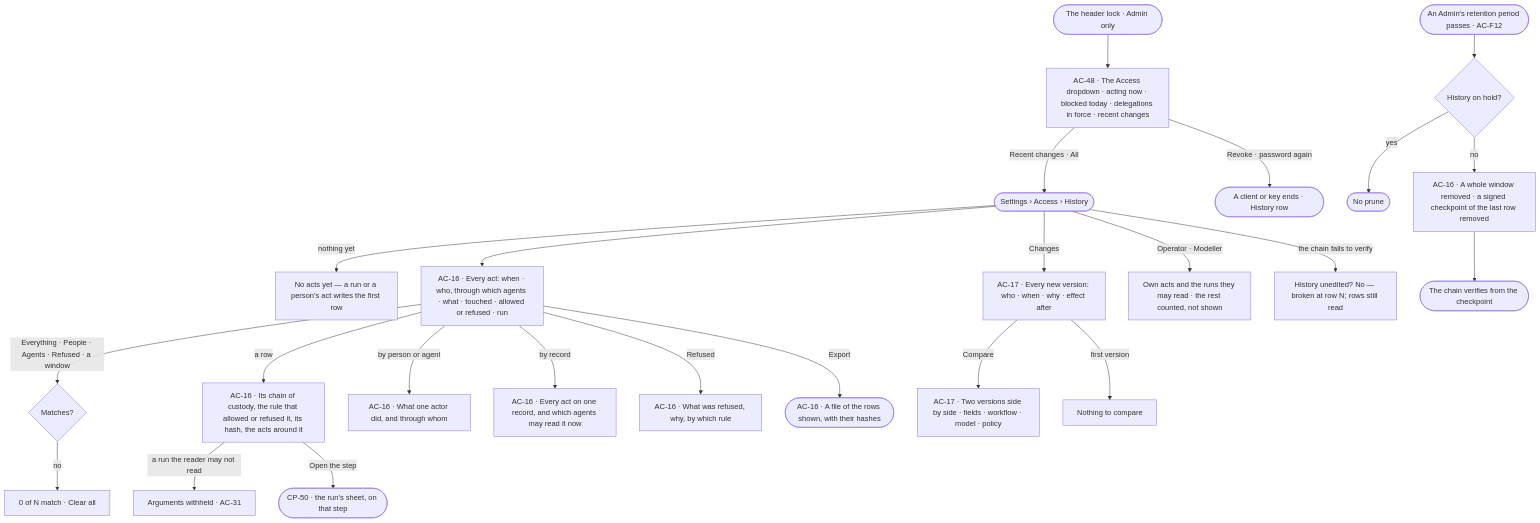
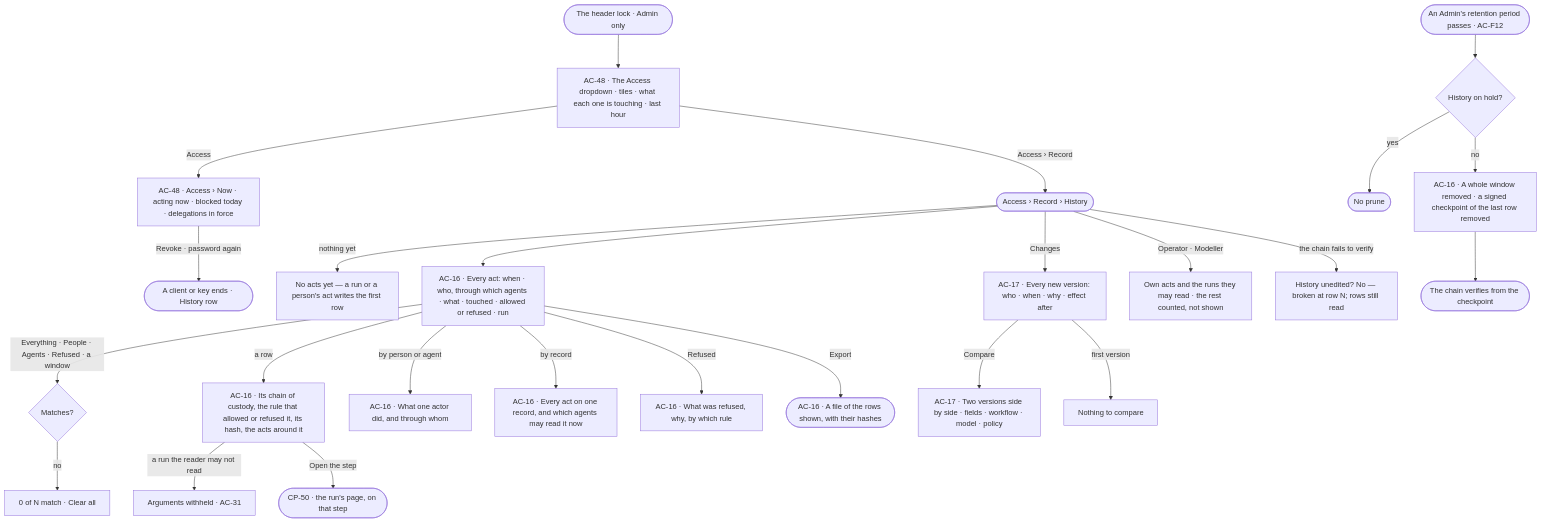
Before and after one commit to invana/invana: the first of 2 diagrams in specs/os/access/features/AC-F06-history/feature.md, drawn with Mermaid. The commit also changed other lines of this file and 133 other files, not shown here.

First line of the commit message:
docs(specs): flat labelled nav, one large modal, slim header dropdowns

````diff
--- a/specs/os/access/features/AC-F06-history/feature.md
+++ b/specs/os/access/features/AC-F06-history/feature.md
@@ -26,26 +26,27 @@
 ```mermaid
 flowchart TD
-  ad([The header lock · Admin only]) --> acc["AC-48 · The Access dropdown · acting now · blocked today · delegations in force · recent changes"]
-  acc -->|Recent changes · All| s
-  acc -->|Revoke · password again| rvk(["A client or key ends · History row"])
-  s([Settings › Access › History]) -->|nothing yet| e["No acts yet — a run or a person's act writes the first row"]
+  ad([The header lock · Admin only]) --> acc["AC-48 · The Access dropdown · tiles · what each one is touching · last hour"]
+  acc -->|Access| now["AC-48 · Access › Now · acting now · blocked today · delegations in force"]
+  acc -->|Access › Record| s
+  now -->|Revoke · password again| rvk(["A client or key ends · History row"])
+  s([Access › Record › History]) -->|nothing yet| e["No acts yet — a run or a person's act writes the first row"]
   s --> rows["AC-16 · Every act: when · who, through which agents · what · touched · allowed or refused · run"]
   rows -->|Everything · People · Agents · Refused · a window| f{"Matches?"}
   f -->|no| z["0 of N match · Clear all"]
   rows -->|a row| d["AC-16 · Its chain of custody, the rule that allowed or refused it, its hash, the acts around it"]
   d -->|a run the reader may not read| wh["Arguments withheld · AC-31"]
-  d -->|Open the step| run(["CP-50 · the run's sheet, on that step"])
+  d -->|Open the step| run(["CP-50 · the run's page, on that step"])
   rows -->|by person or agent| ba["AC-16 · What one actor did, and through whom"]
   rows -->|by record| br["AC-16 · Every act on one record, and which agents may read it now"]
   rows -->|Refused| rf["AC-16 · What was refused, why, by which rule"]
   rows -->|Export| ex(["AC-16 · A file of the rows shown, with their hashes"])
   s -->|Changes| ch["AC-17 · Every new version: who · when · why · effect after"]
   ch -->|Compare| cmp["AC-17 · Two versions side by side · fields · workflow · model · policy"]
   ch -->|first version| one["Nothing to compare"]
   s -->|Operator · Modeller| op["Own acts and the runs they may read · the rest counted, not shown"]
   s -->|the chain fails to verify| bk["History unedited? No — broken at row N; rows still read"]
   pr([An Admin's retention period passes · AC-F12]) --> hold{"History on hold?"}
   hold -->|yes| none(["No prune"])
   hold -->|no| cut["AC-16 · A whole window removed · a signed checkpoint of the last row removed"]
   cut --> ver(["The chain verifies from the checkpoint"])
 ```
````
